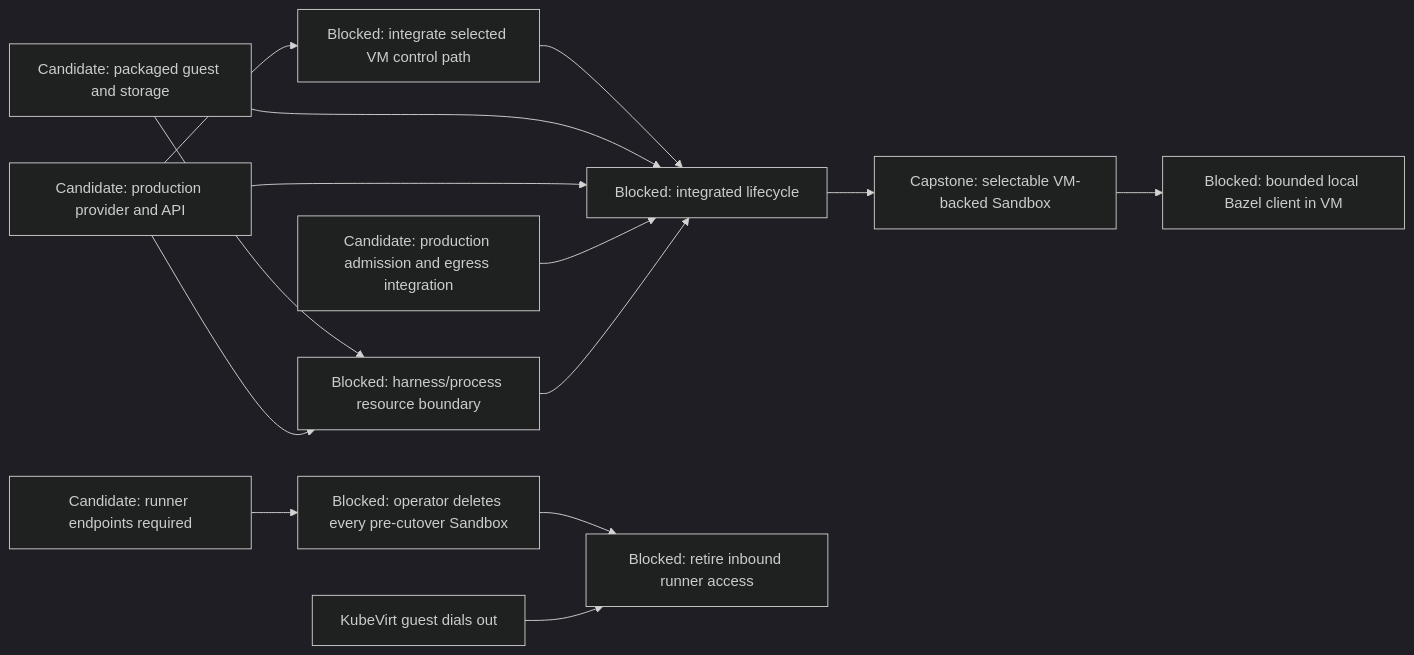
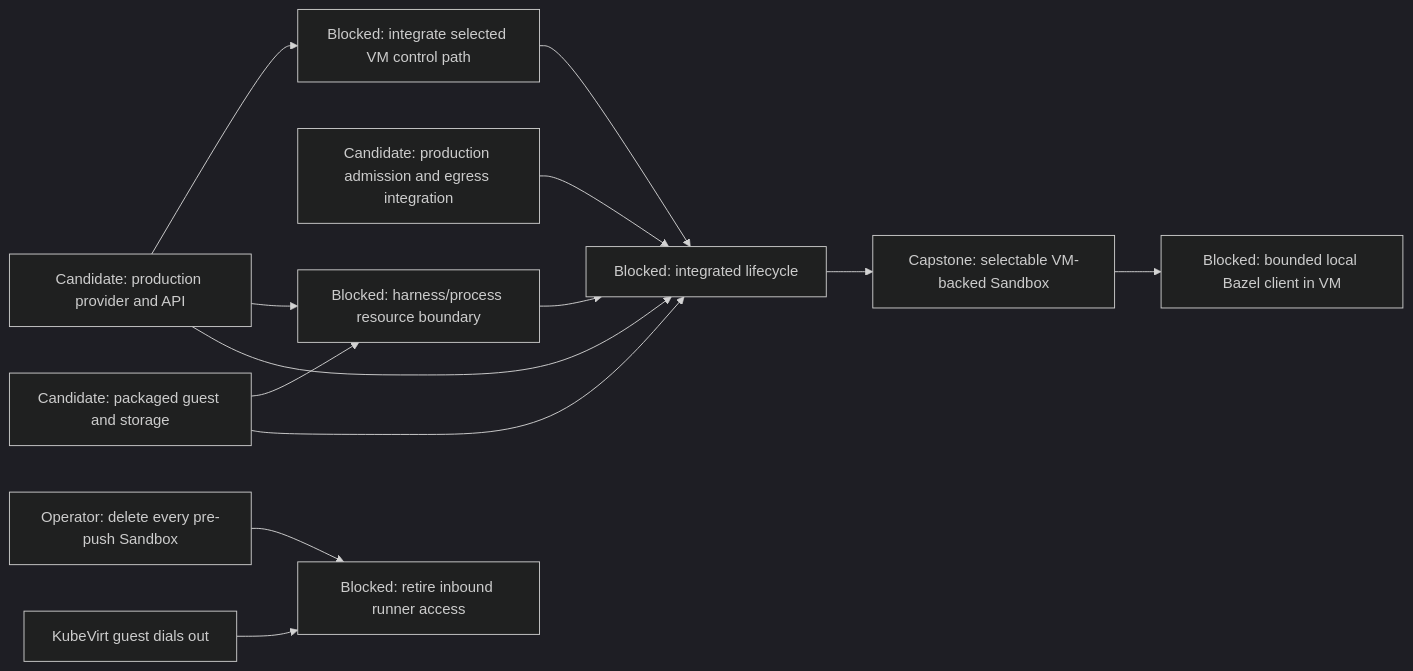
One commit to agentydragon-agent/ducktape changed the sixth of 13 diagrams in agentplane/plans/task_dag.md. Above: the diagram before and after it, drawn with Mermaid (dark theme). The commit also changed other lines of this file and 14 other files, not shown here.

First line of the commit message:
agentplane/sandbox_service: require both runner endpoints (#9991)

````diff
--- a/agentplane/plans/task_dag.md
+++ b/agentplane/plans/task_dag.md
@@ -323,23 +323,22 @@
 ```mermaid
 flowchart LR
-    RUNNER_OUTBOUND_ROLLOUT[Candidate: runner endpoints required]
     VM_CONTROL_NETWORKING[Blocked: integrate selected VM control path]
     VM_IMAGE[Candidate: packaged guest and storage]
     VM_PROVIDER[Candidate: production provider and API]
     VM_EGRESS[Candidate: production admission and egress integration]
     VM_PROCESS_ISOLATION[Blocked: harness/process resource boundary]
     VM_LIFECYCLE[Blocked: integrated lifecycle]
-    RUNNER_OUTBOUND_ROLLOUT --> LEGACY_SANDBOX_RETIRE[Blocked: operator deletes every pre-cutover Sandbox]
+    LEGACY_SANDBOX_RETIRE[Operator: delete every pre-push Sandbox]
     LEGACY_SANDBOX_RETIRE --> RUNNER_INBOUND_RETIRE[Blocked: retire inbound runner access]
     KUBEVIRT_GUEST_CONTROL[KubeVirt guest dials out] --> RUNNER_INBOUND_RETIRE
     VM_PROVIDER --> VM_CONTROL_NETWORKING
     VM_CONTROL_NETWORKING --> VM_LIFECYCLE
     VM_IMAGE --> VM_PROCESS_ISOLATION
     VM_PROVIDER --> VM_PROCESS_ISOLATION
     VM_IMAGE --> VM_LIFECYCLE
     VM_PROVIDER --> VM_LIFECYCLE
     VM_EGRESS --> VM_LIFECYCLE
     VM_PROCESS_ISOLATION --> VM_LIFECYCLE
     VM_LIFECYCLE --> SANDBOX_VM_ISOLATION[Capstone: selectable VM-backed Sandbox]
     SANDBOX_VM_ISOLATION --> LOCAL_BAZEL[Blocked: bounded local Bazel client in VM]
 ```
````
